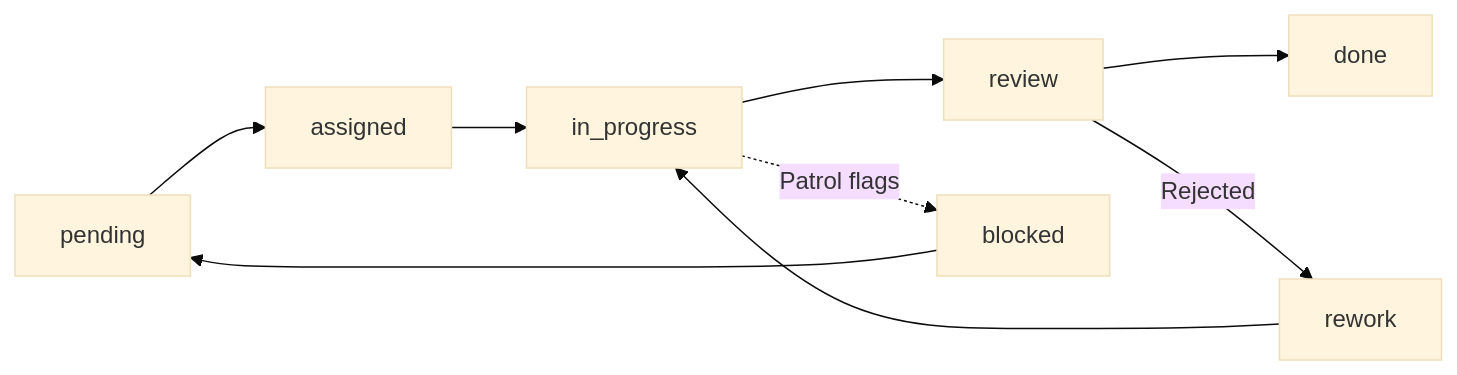
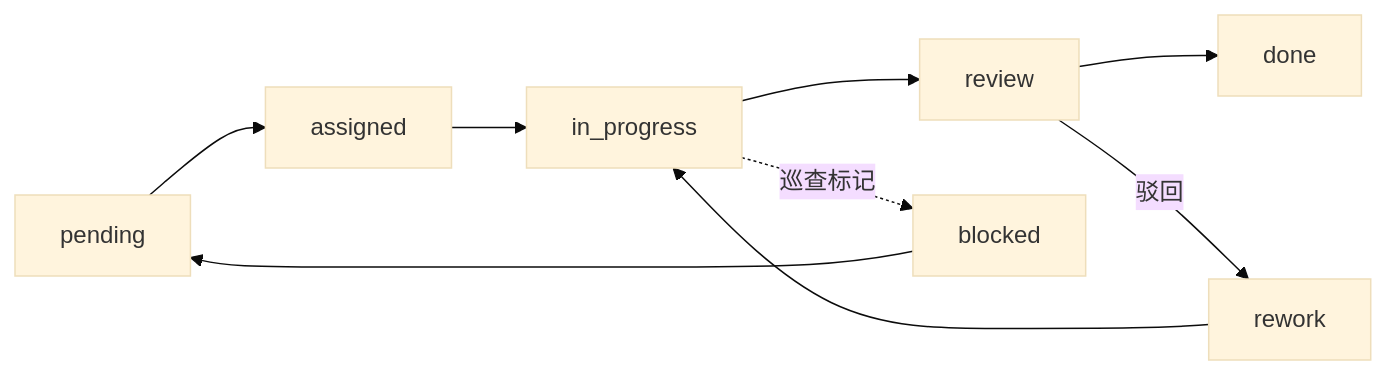
One commit to Johnhpure/OpenMOSS changed the second of 2 diagrams in README.md. Above: the diagram before and after it, drawn with Mermaid (base theme). The commit also changed other lines of this file and 12 other files, not shown here.

````diff
--- a/README.md
+++ b/README.md
@@ -171,6 +105,6 @@
 ```mermaid
 flowchart LR
     pending --> assigned --> in_progress --> review --> done
-    review -->|Rejected| rework --> in_progress
-    in_progress -.->|Patrol flags| blocked --> pending
+    review -->|驳回| rework --> in_progress
+    in_progress -.->|巡查标记| blocked --> pending
 ```
````
